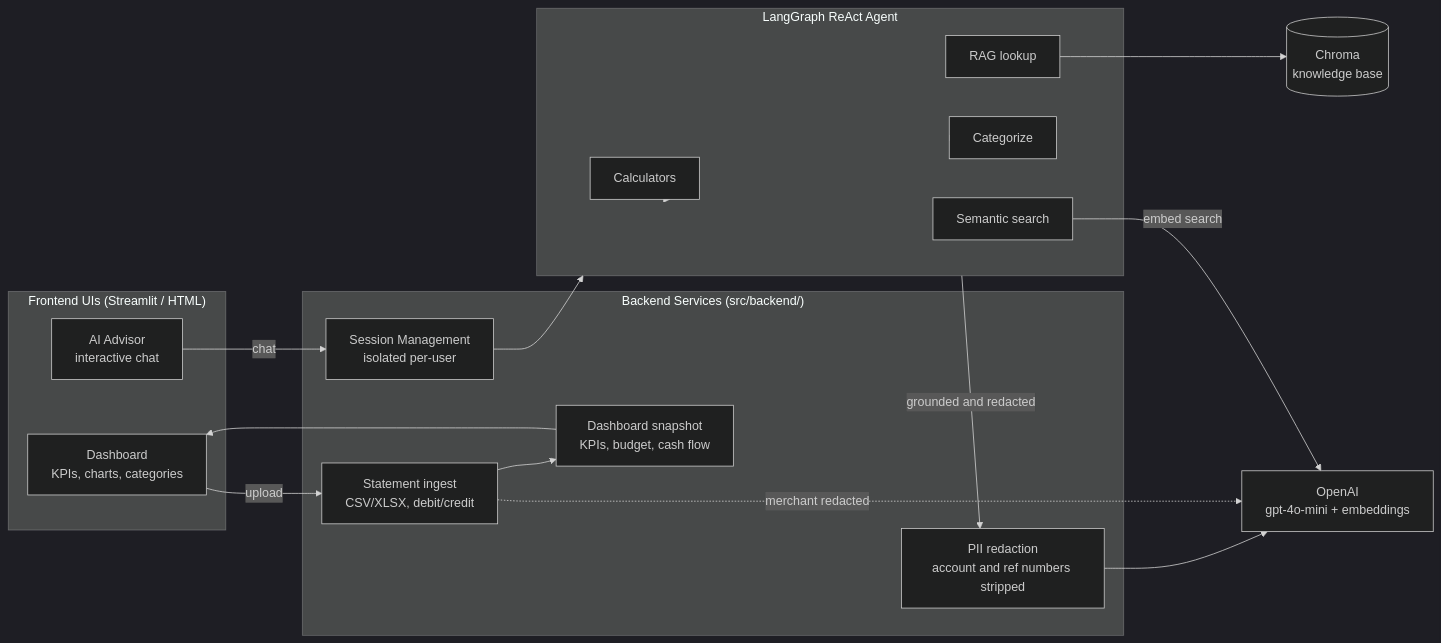
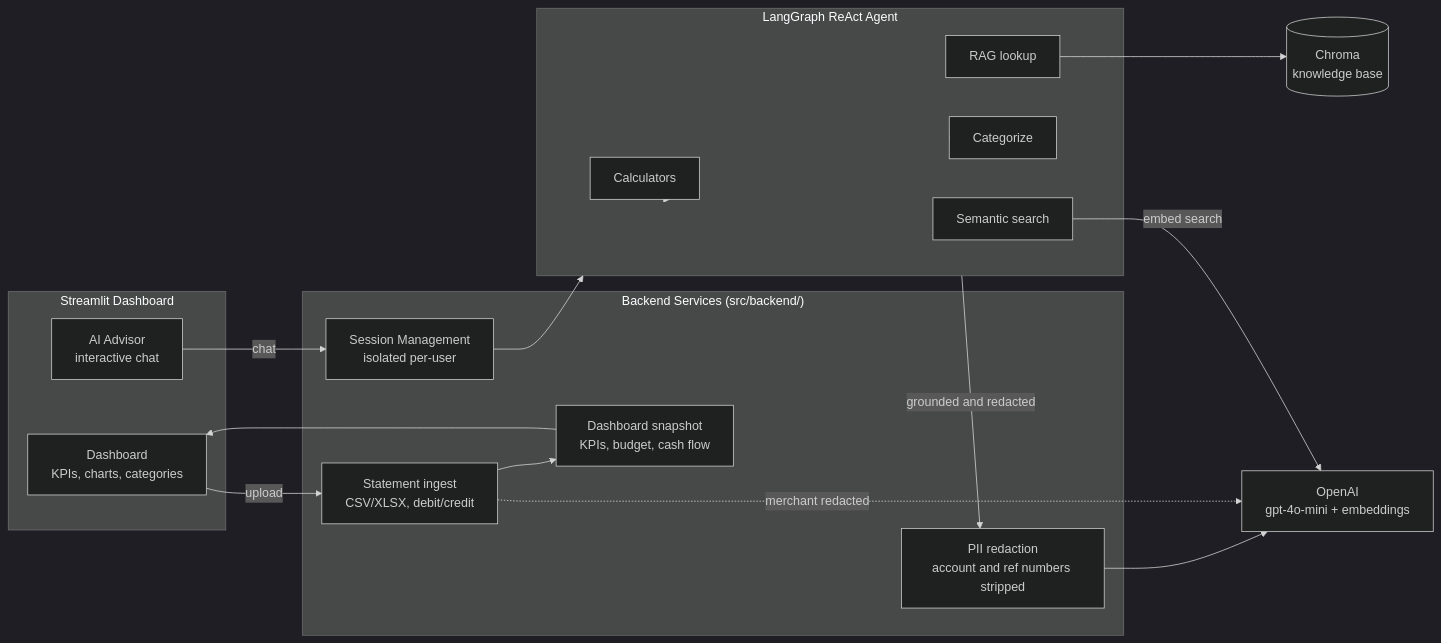
The diagram in README.md (avijain1412/WealthWise-AI), drawn with Mermaid (dark theme) before and after one commit. The commit also changed other lines of this file, not shown here.

````diff
--- a/README.md
+++ b/README.md
@@ -59,39 +59,39 @@
 ```mermaid
 flowchart LR
-    subgraph Client["Frontend UIs (Streamlit / HTML)"]
+    subgraph Client["Streamlit Dashboard"]
         UI["Dashboard<br/>KPIs, charts, categories"]
         Chat["AI Advisor<br/>interactive chat"]
     end
 
     subgraph Backend["Backend Services (src/backend/)"]
         Session["Session Management<br/>isolated per-user"]
         Ingest["Statement ingest<br/>CSV/XLSX, debit/credit"]
         Redact["PII redaction<br/>account and ref numbers stripped"]
         Snapshot["Dashboard snapshot<br/>KPIs, budget, cash flow"]
     end
 
     subgraph Brain["LangGraph ReAct Agent"]
         T1["Calculators"]
         T2["RAG lookup"]
         T3["Categorize"]
         T4["Semantic search"]
     end
 
     OpenAI["OpenAI<br/>gpt-4o-mini + embeddings"]
     Chroma[("Chroma<br/>knowledge base")]
 
     UI -->|upload| Ingest
     Ingest --> Snapshot
     Snapshot --> UI
     Chat -->|chat| Session
     Session --> Brain
     Brain --> T1
     Brain --> T2
     Brain --> T3
     Brain --> T4
     Brain -->|grounded and redacted| Redact
     Redact --> OpenAI
     Ingest -.->|merchant redacted| OpenAI
     T2 --> Chroma
     T4 -->|embed search| OpenAI
 ```
````
